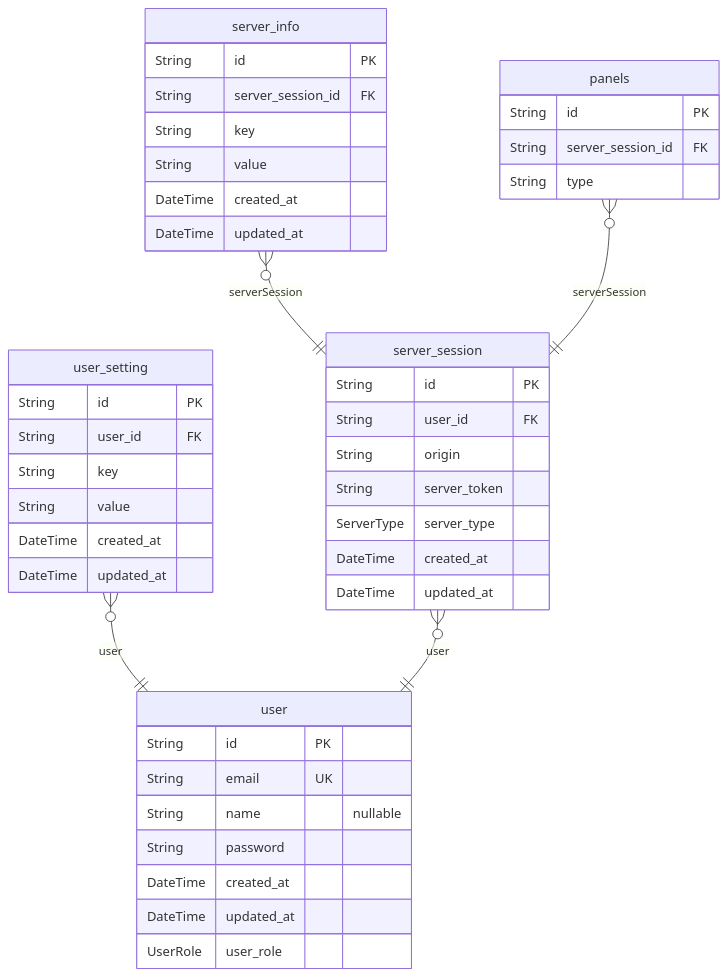
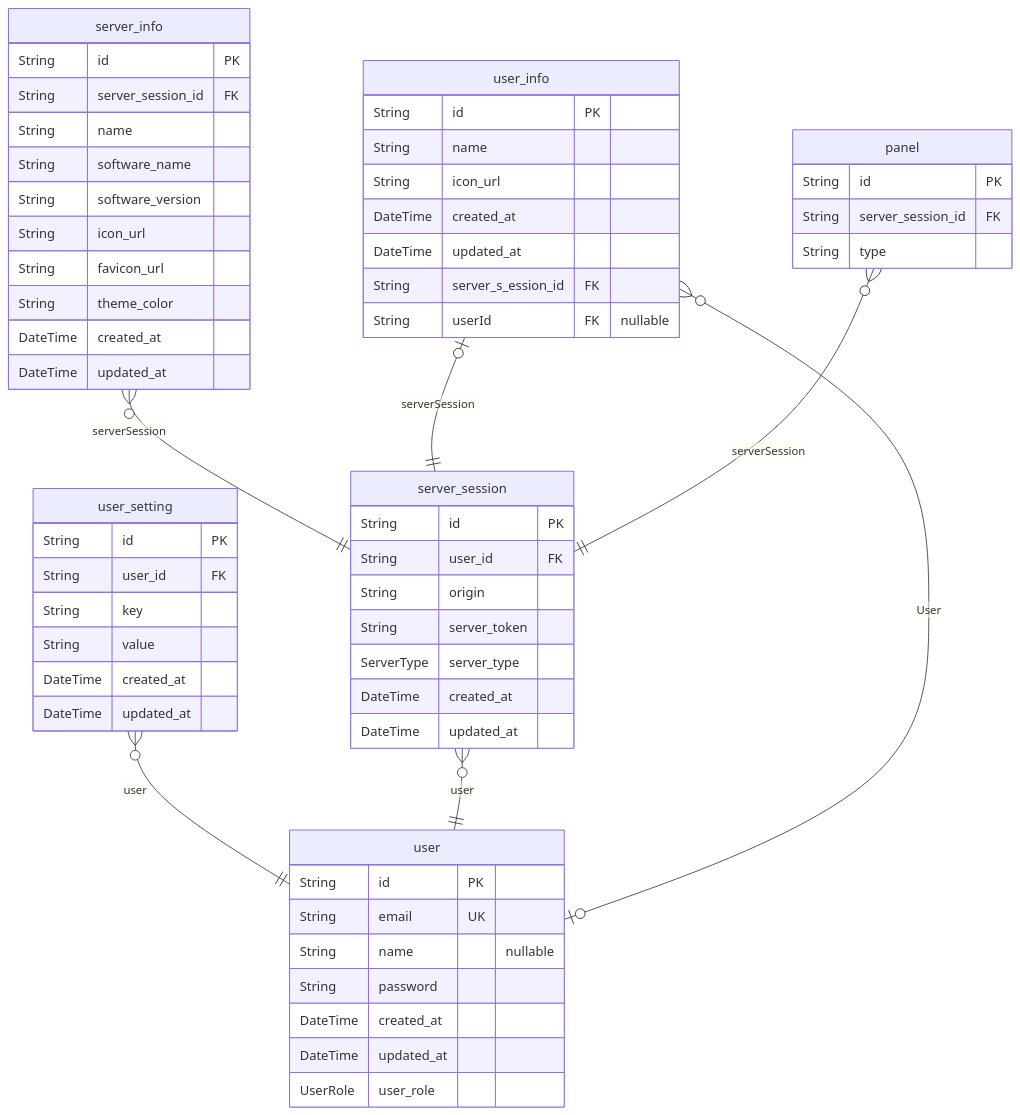
The diagram in apps/server/prisma/ERD.md (mochi-sann/mi-deck), drawn with Mermaid before and after one commit. The commit also changed other lines of this file and 3 other files, not shown here.

````diff
--- a/apps/server/prisma/ERD.md
+++ b/apps/server/prisma/ERD.md
@@ -7,46 +7,61 @@
 ```mermaid
 erDiagram
 "user" {
   String id PK
   String email UK
   String name "nullable"
   String password
   DateTime created_at
   DateTime updated_at
   UserRole user_role
 }
 "user_setting" {
   String id PK
   String user_id FK
   String key
   String value
   DateTime created_at
   DateTime updated_at
 }
 "server_session" {
   String id PK
   String user_id FK
   String origin
   String server_token
   ServerType server_type
   DateTime created_at
   DateTime updated_at
 }
 "server_info" {
   String id PK
   String server_session_id FK
-  String key
-  String value
+  String name
+  String software_name
+  String software_version
+  String icon_url
+  String favicon_url
+  String theme_color
   DateTime created_at
   DateTime updated_at
 }
-"panels" {
+"user_info" {
+  String id PK
+  String name
+  String icon_url
+  DateTime created_at
+  DateTime updated_at
+  String server_s_ession_id FK
+  String userId FK "nullable"
+}
+"panel" {
   String id PK
   String server_session_id FK
   String type
 }
 "user_setting" }o--|| "user" : user
 "server_session" }o--|| "user" : user
 "server_info" }o--|| "server_session" : serverSession
-"panels" }o--|| "server_session" : serverSession
+"user_info" |o--|| "server_session" : serverSession
+"user_info" }o--o| "user" : User
+"panel" }o--|| "server_session" : serverSession
 ```
````
